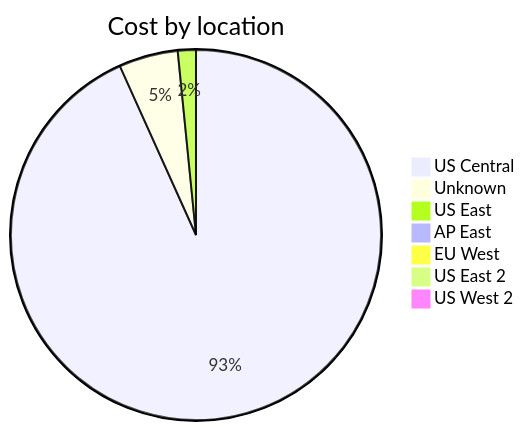
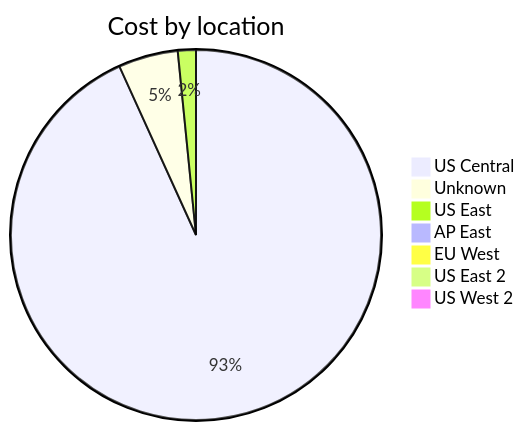
Before and after one commit to jpfulton/azure-personal-reports: the third of 4 diagrams in cost-reports/accumulated-cost.md, drawn with Mermaid. The commit also changed other lines of this file and 4 other files, not shown here.

````diff
--- a/cost-reports/accumulated-cost.md
+++ b/cost-reports/accumulated-cost.md
@@ -121,11 +121,11 @@
 ```mermaid
 pie
    title Cost by location
-   "US Central" : 13.01
-   "Unknown" : 0.72
-   "US East" : 0.22
+   "US Central" : 13.60
+   "Unknown" : 0.76
+   "US East" : 0.23
    "AP East" : 0.00
    "EU West" : 0.00
    "US East 2" : 0.00
    "US West 2" : 0.00
 ```
````
